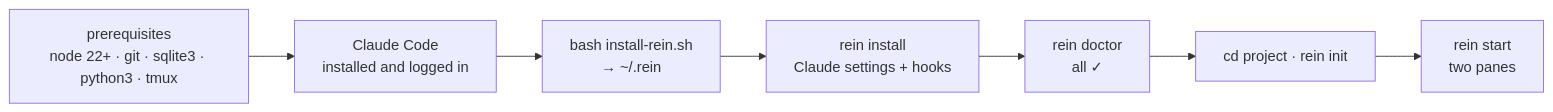
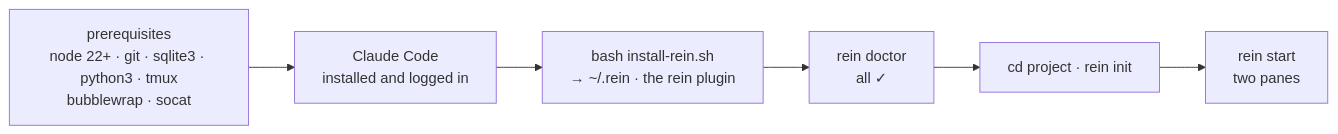
Before and after one commit to Vimurai/rein: the diagram in docs/install.md, drawn with Mermaid. The commit also changed other lines of this file and 19 other files, not shown here.

````diff
--- a/docs/install.md
+++ b/docs/install.md
@@ -6,9 +6,8 @@
 ```mermaid
 flowchart LR
-    P["prerequisites<br/>node 22+ · git · sqlite3 · python3 · tmux"] --> CC["Claude Code<br/>installed and logged in"]
-    CC --> I["bash install-rein.sh<br/>→ ~/.rein"]
-    I --> AI["rein install<br/>Claude settings + hooks"]
-    AI --> DR["rein doctor<br/>all ✓"]
+    P["prerequisites<br/>node 22+ · git · sqlite3 · python3 · tmux<br/>bubblewrap · socat"] --> CC["Claude Code<br/>installed and logged in"]
+    CC --> I["bash install-rein.sh<br/>→ ~/.rein · the rein plugin"]
+    I --> DR["rein doctor<br/>all ✓"]
     DR --> IN["cd project · rein init"]
     IN --> ST["rein start<br/>two panes"]
 ```
````
